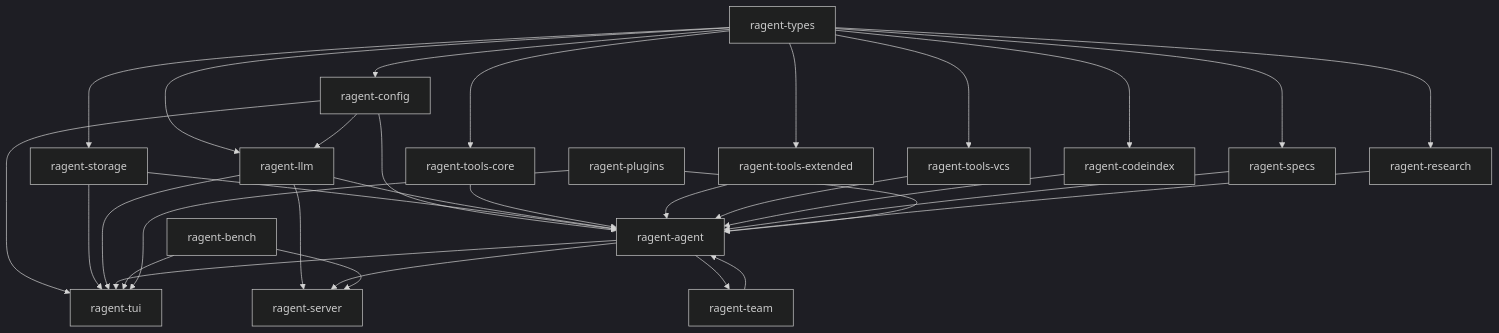
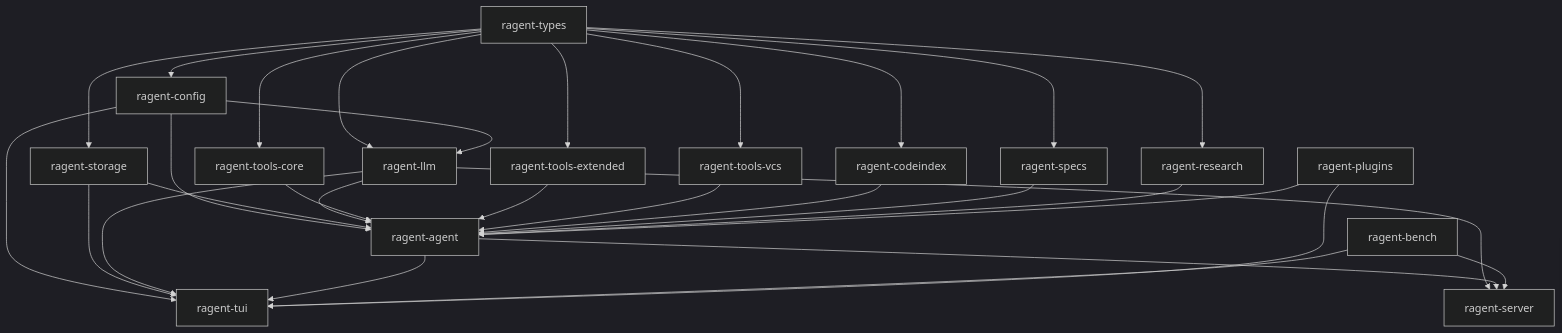
One commit to thawkins/ragent changed the third of 20 diagrams in SPEC.md. Above: the diagram before and after it, drawn with Mermaid (dark theme). The commit also changed other lines of this file and 955 other files, not shown here.

````diff
--- a/SPEC.md
+++ b/SPEC.md
@@ -504,51 +502,48 @@
 ```mermaid
 graph TD
     T[ragent-types]
     D[ragent-config]
     S[ragent-storage]
     L[ragent-llm]
     TC[ragent-tools-core]
     TE[ragent-tools-extended]
     TV[ragent-tools-vcs]
     A[ragent-agent]
-    TM[ragent-team]
     CI[ragent-codeindex]
     SV[ragent-server]
     TU[ragent-tui]
     SP[ragent-specs]
     RS[ragent-research]
     B[ragent-bench]
     PL[ragent-plugins]
 
     T --> D
     T --> S
     T --> L
     T --> TC
     T --> TE
     T --> TV
     T --> CI
     T --> SP
     T --> RS
     D --> L
     D --> A
     D --> TU
     S --> A
     S --> TU
     L --> A
     L --> TU
     L --> SV
     TC --> A
     TE --> A
     TV --> A
     A --> TU
     A --> SV
-    A --> TM
-    TM --> A
     CI --> A
     SP --> A
     RS --> A
     B --> TU
     B --> SV
     PL --> A
     PL --> TU
 ```
````
